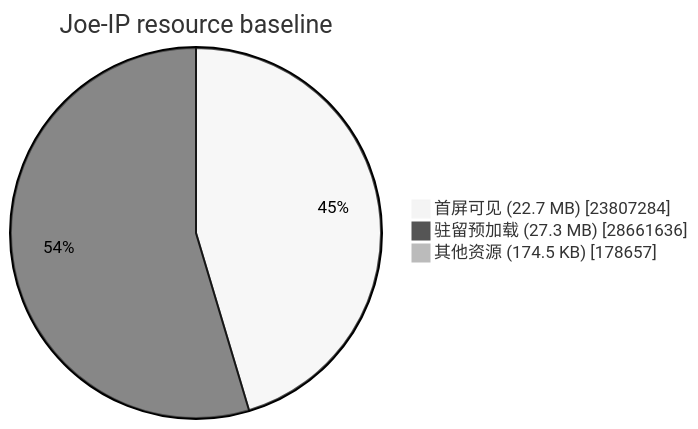
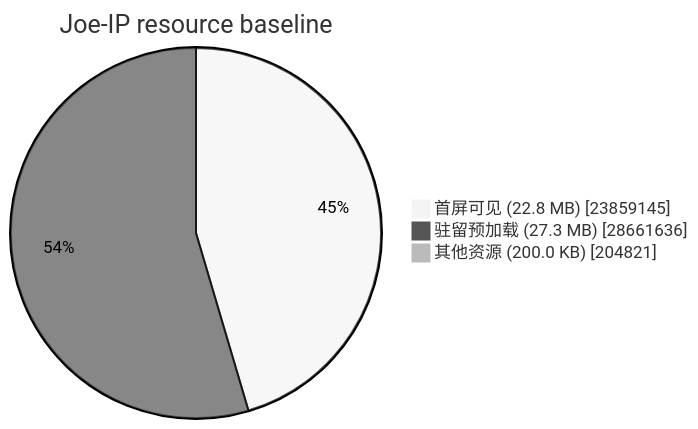
Before and after one commit to WebShell-Hello/about.joe: the diagram in reports/asset-baseline.md, drawn with Mermaid (neutral theme). The commit also changed other lines of this file, not shown here.

````diff
--- a/reports/asset-baseline.md
+++ b/reports/asset-baseline.md
@@ -24,7 +24,7 @@
 ```mermaid
 pie showData
     title Joe-IP resource baseline
-    "首屏可见 (22.7 MB)" : 23807284
+    "首屏可见 (22.8 MB)" : 23859145
     "驻留预加载 (27.3 MB)" : 28661636
-    "其他资源 (174.5 KB)" : 178657
+    "其他资源 (200.0 KB)" : 204821
 ```
````
